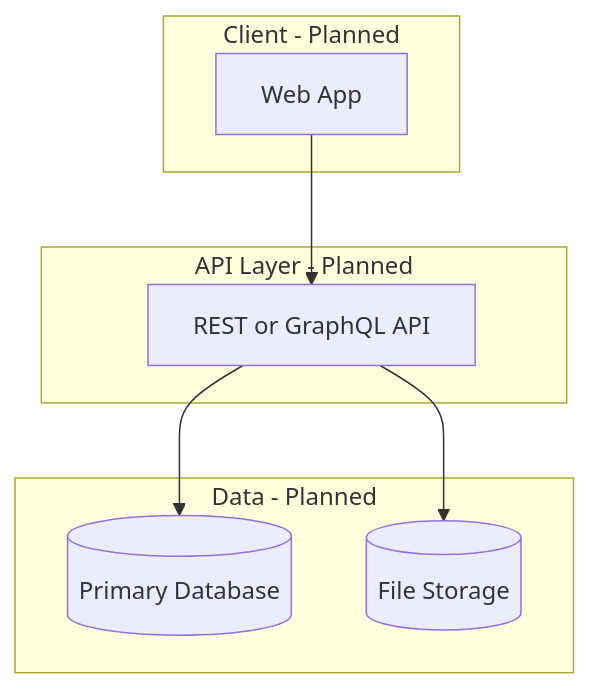
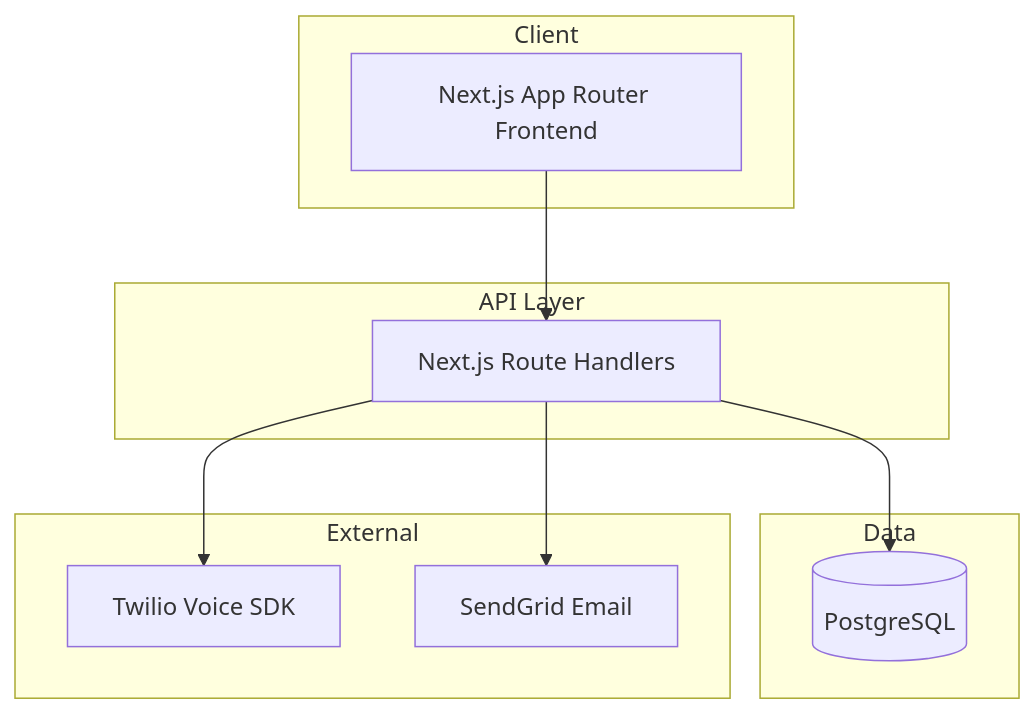
Before and after one commit to Syedirtiza768/Renovessa: the diagram in docs/context/SYSTEM_MAP.md, drawn with Mermaid. The commit also changed other lines of this file and 9 other files, not shown here.

````diff
--- a/docs/context/SYSTEM_MAP.md
+++ b/docs/context/SYSTEM_MAP.md
@@ -7,16 +7,20 @@
 ```mermaid
 flowchart TB
-    subgraph client [Client - Planned]
-        Web[Web App]
+    subgraph client [Client]
+        Web[Next.js App Router Frontend]
     end
-    subgraph api [API Layer - Planned]
-        API[REST or GraphQL API]
+    subgraph api [API Layer]
+        API[Next.js Route Handlers]
     end
-    subgraph data [Data - Planned]
-        DB[(Primary Database)]
-        Storage[(File Storage)]
+    subgraph data [Data]
+        DB[(PostgreSQL)]
+    end
+    subgraph external [External]
+        Twilio[Twilio Voice SDK]
+        SendGrid[SendGrid Email]
     end
     Web --> API
     API --> DB
-    API --> Storage
+    API --> Twilio
+    API --> SendGrid
 ```
````
